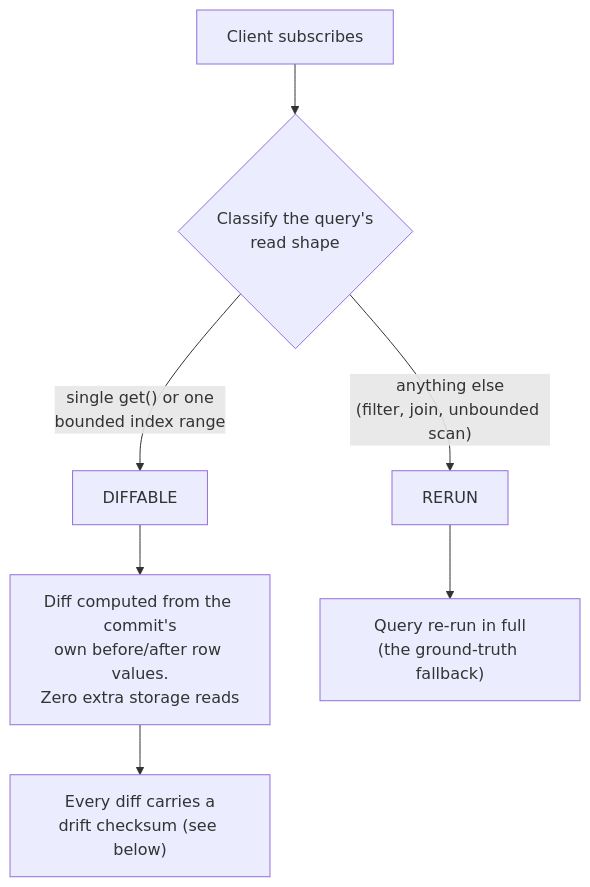
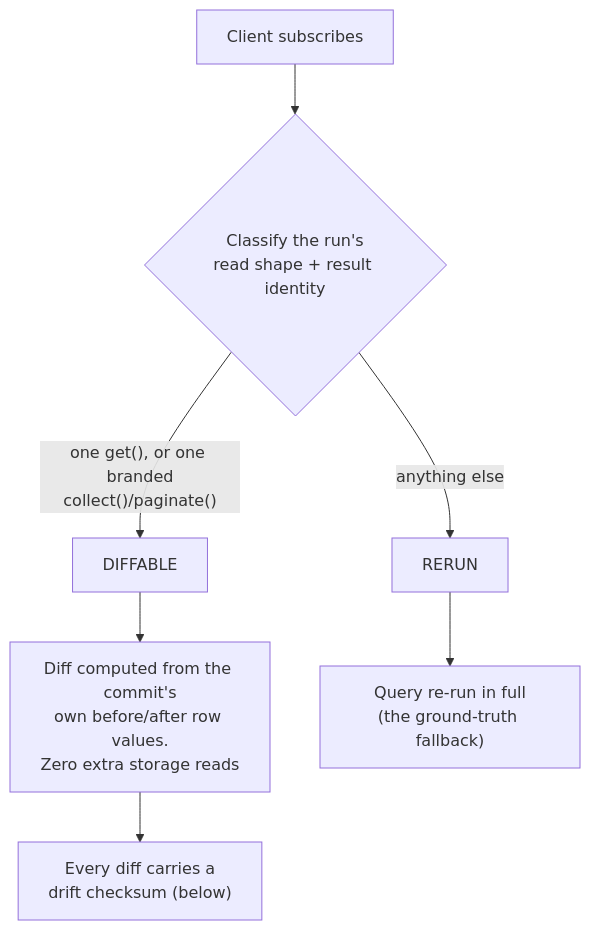
Before and after one commit to helipod-sh/helipod: the third of 4 diagrams in docs/content/docs/contributing/architecture/reactivity.mdx, drawn with Mermaid. The commit also changed other lines of this file and 51 other files, not shown here.

````diff
--- a/docs/content/docs/contributing/architecture/reactivity.mdx
+++ b/docs/content/docs/contributing/architecture/reactivity.mdx
@@ -192,9 +204,9 @@
 ```mermaid
 flowchart TD
-    S["Client subscribes"] --> C{"Classify the query's<br/>read shape"}
-    C -- "single get() or one<br/>bounded index range" --> D["DIFFABLE"]
-    C -- "anything else<br/>(filter, join, unbounded scan)" --> R["RERUN"]
+    S["Client subscribes"] --> C{"Classify the run's<br/>read shape + result identity"}
+    C -- "one get(), or one branded<br/>collect()/paginate()" --> D["DIFFABLE"]
+    C -- "anything else" --> R["RERUN"]
     D --> DD["Diff computed from the commit's<br/>own before/after row values.<br/>Zero extra storage reads"]
     R --> RR["Query re-run in full<br/>(the ground-truth fallback)"]
-    DD --> CK["Every diff carries a<br/>drift checksum (see below)"]
+    DD --> CK["Every diff carries a<br/>drift checksum (below)"]
 ```
````
